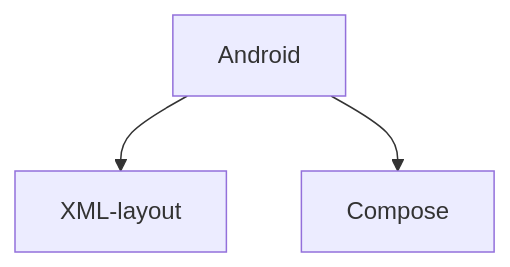
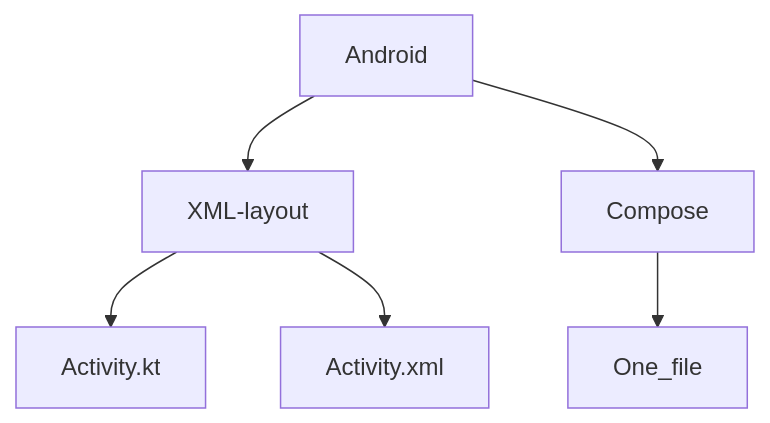
Before and after one commit to anurag-bit/test_doc: the diagram in readme.md, drawn with Mermaid.

Commit message:
Update readme.md
fixed the chart

````diff
--- a/readme.md
+++ b/readme.md
@@ -22,5 +22,9 @@
 ```mermaid
 graph TD;
     Android-->XML-layout;
     Android-->Compose;
+    XML-layout-->Activity.kt;
+    XML-layout-->Activity.xml;
+    Compose-->One_file;
+    
 ```
````
